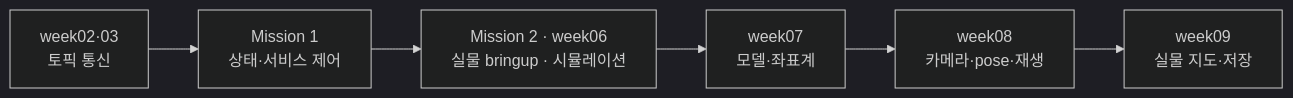
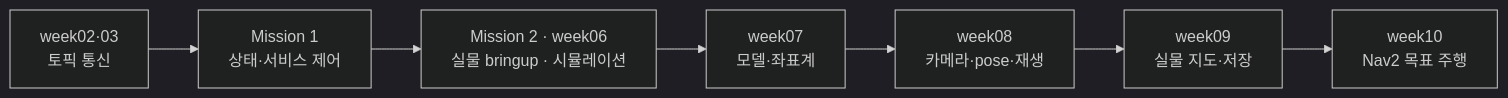
One commit to ktw25079/Intelligent_Robot_Practice changed the diagram in README.md. Above: the diagram before and after it, drawn with Mermaid (dark theme). The commit also changed other lines of this file, not shown here.

````diff
--- a/README.md
+++ b/README.md
@@ -31,8 +31,9 @@
 ```mermaid
 flowchart LR
     A[week02·03<br/>토픽 통신] --> B[Mission 1<br/>상태·서비스 제어]
     B --> C[Mission 2 · week06<br/>실물 bringup · 시뮬레이션]
     C --> D[week07<br/>모델·좌표계]
     D --> E[week08<br/>카메라·pose·재생]
     E --> F[week09<br/>실물 지도·저장]
+    F --> G[week10<br/>Nav2 목표 주행]
 ```
````
